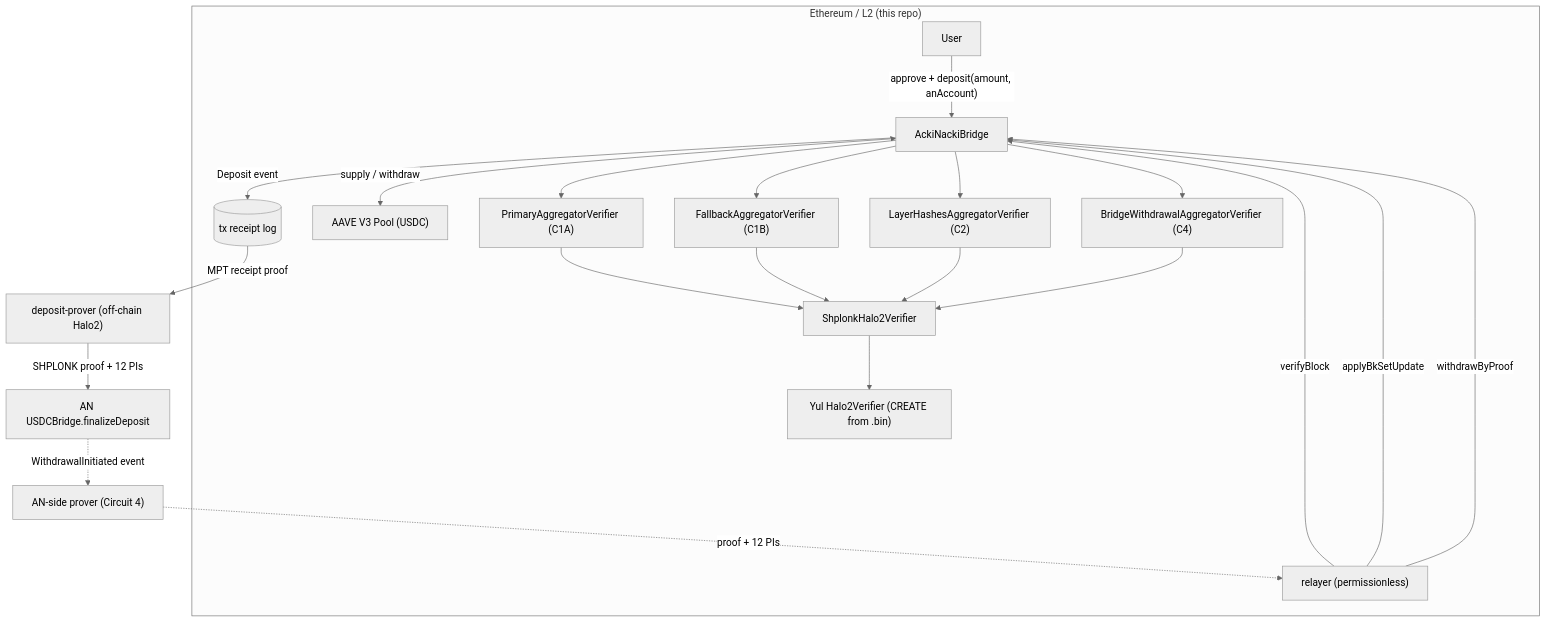
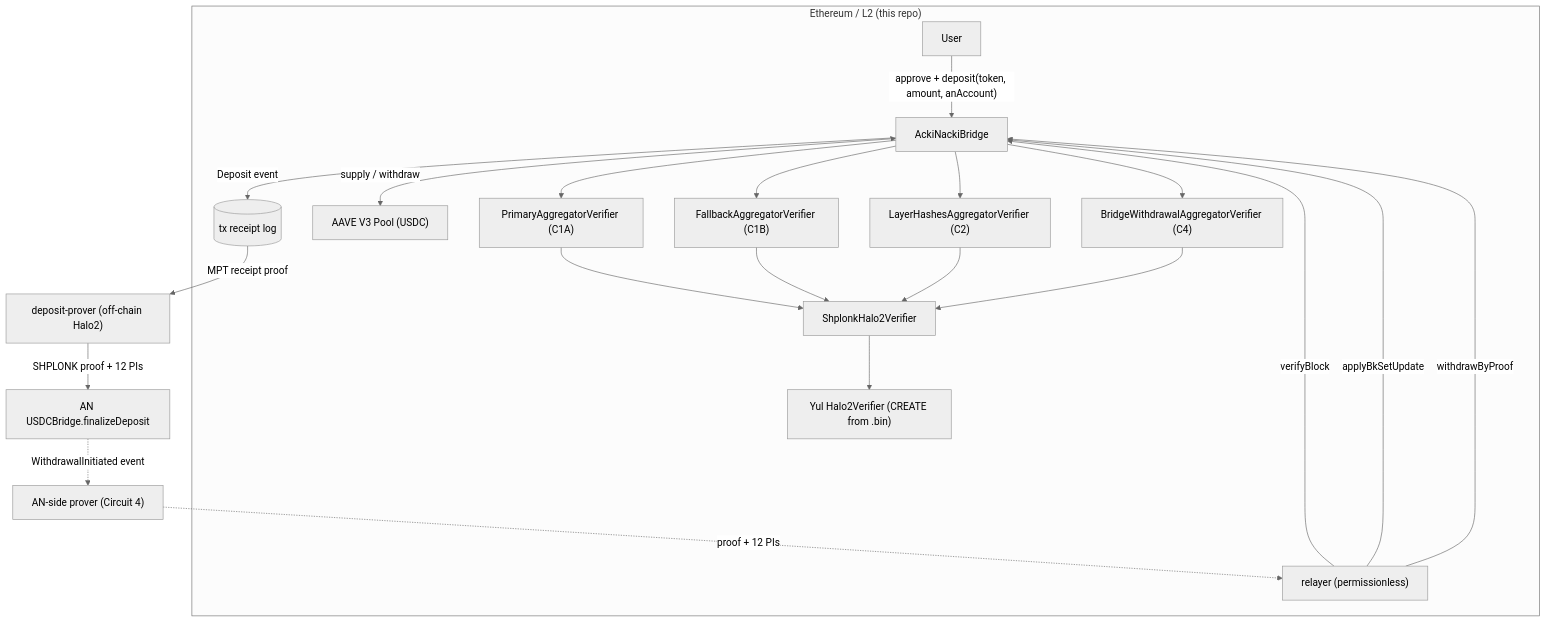
One commit to gosh-sh/bridge changed the diagram in docs/EVM-contracts-spec.md. Above: the diagram before and after it, drawn with Mermaid (neutral theme). The commit also changed other lines of this file and 192 other files, not shown here.

First line of the commit message:
bridge: token-aware deposits and accounting, USDC only for now (bridge-audit#128) (#143)

````diff
--- a/docs/EVM-contracts-spec.md
+++ b/docs/EVM-contracts-spec.md
@@ -120,20 +124,20 @@
 ```mermaid
 flowchart TB
     subgraph ETH["Ethereum / L2 (this repo)"]
-        U["User"] -->|"approve + deposit(amount, anAccount)"| B["AckiNackiBridge"]
+        U["User"] -->|"approve + deposit(token, amount, anAccount)"| B["AckiNackiBridge"]
         B -->|"Deposit event"| LOG[("tx receipt log")]
         B <-->|"supply / withdraw"| AAVE["AAVE V3 Pool (USDC)"]
         R["relayer (permissionless)"] -->|"verifyBlock"| B
         R -->|"applyBkSetUpdate"| B
         R -->|"withdrawByProof"| B
         B --> V1["PrimaryAggregatorVerifier (C1A)"]
         B --> V2["FallbackAggregatorVerifier (C1B)"]
         B --> V3["LayerHashesAggregatorVerifier (C2)"]
         B --> V4["BridgeWithdrawalAggregatorVerifier (C4)"]
         V1 & V2 & V3 & V4 --> W["ShplonkHalo2Verifier"] --> Y["Yul Halo2Verifier (CREATE from .bin)"]
     end
     LOG -->|"MPT receipt proof"| DP["deposit-prover (off-chain Halo2)"]
     DP -->|"SHPLONK proof + 12 PIs"| AN["AN USDCBridge.finalizeDeposit"]
     AN -.->|"WithdrawalInitiated event"| C4P["AN-side prover (Circuit 4)"]
     C4P -.->|"proof + 12 PIs"| R
 ```
````
